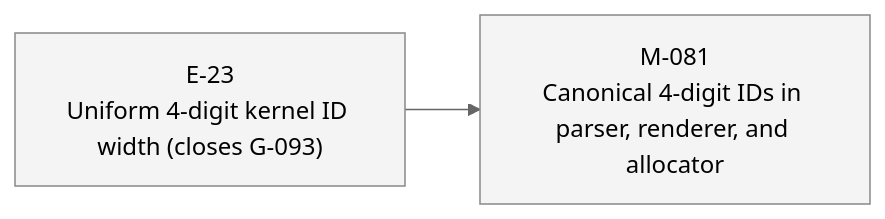
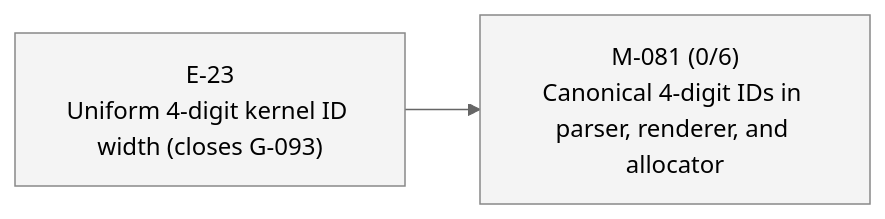
The second of 2 diagrams in STATUS.md (23min/aiwf), drawn with Mermaid (neutral theme) before and after one commit. The commit also changed other lines of this file and 1 other file, not shown here.

````diff
--- a/STATUS.md
+++ b/STATUS.md
@@ -45,12 +45,12 @@
 ```mermaid
 flowchart LR
   E_23["E-23<br/>Uniform 4-digit kernel ID width (closes G-093)"]:::epic_proposed
-  M_081["M-081<br/>Canonical 4-digit IDs in parser, renderer, and allocator"]:::ms_draft
+  M_081["M-081 (0/6)<br/>Canonical 4-digit IDs in parser, renderer, and allocator"]:::ms_draft
   E_23 --> M_081
   classDef epic_active fill:#d6eaff,stroke:#1a73e8,color:#000
   classDef epic_proposed fill:#f4f4f4,stroke:#888,color:#000
   classDef ms_done fill:#d8f5d8,stroke:#2a8a2a,color:#000
   classDef ms_in_progress fill:#fff3c4,stroke:#caa400,color:#000
   classDef ms_draft fill:#f4f4f4,stroke:#888,color:#000
   classDef ms_cancelled fill:#fbeaea,stroke:#c33,color:#000
 ```
````
